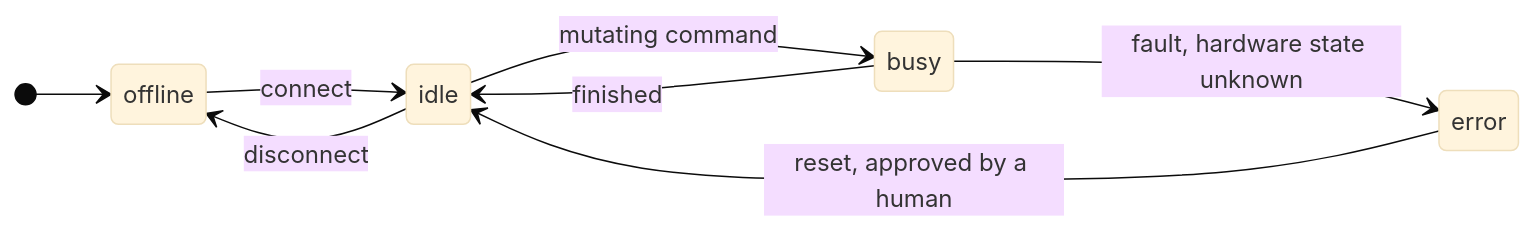
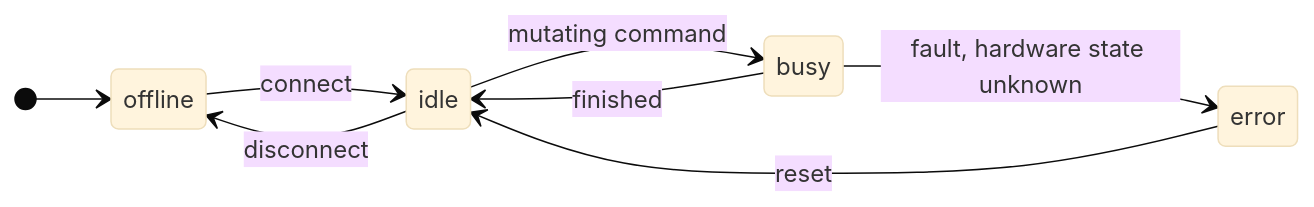
Before and after one commit to jayanthg-artpark/pyreagent: the second of 3 diagrams in README.md, drawn with Mermaid (base theme). The commit also changed other lines of this file and 64 other files, not shown here.

````diff
--- a/README.md
+++ b/README.md
@@ -168,11 +180,11 @@
 ```mermaid
 stateDiagram-v2
     direction LR
     [*] --> offline
     offline --> idle: connect
     idle --> busy: mutating command
     busy --> idle: finished
     busy --> error: fault, hardware state unknown
-    error --> idle: reset, approved by a human
+    error --> idle: reset
     idle --> offline: disconnect
 ```
````
